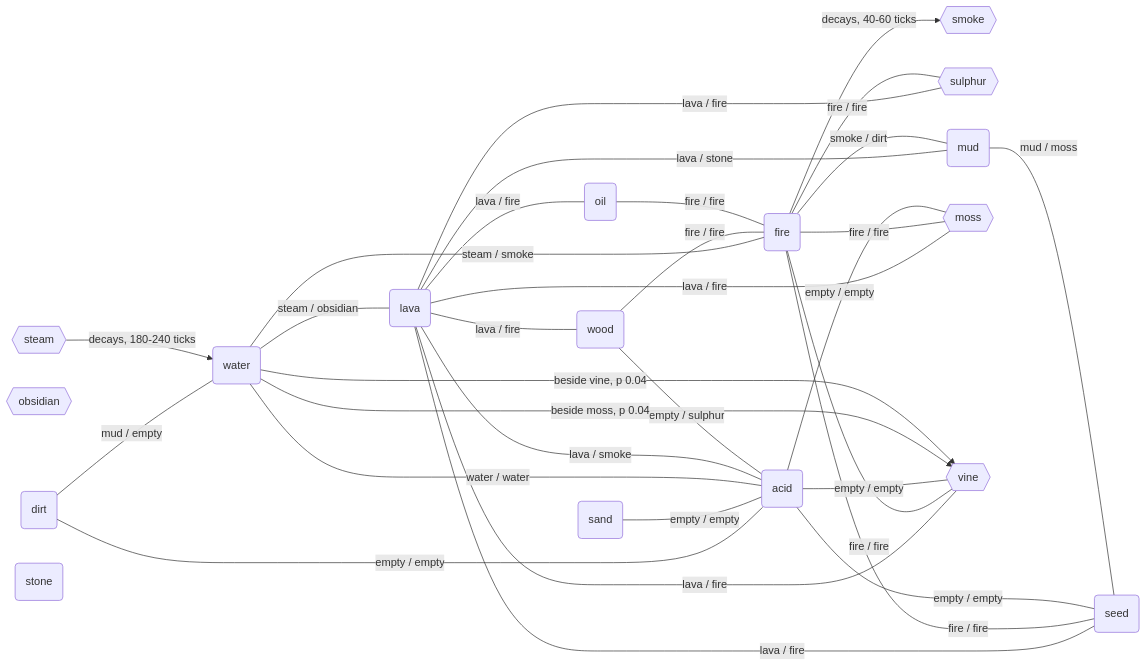
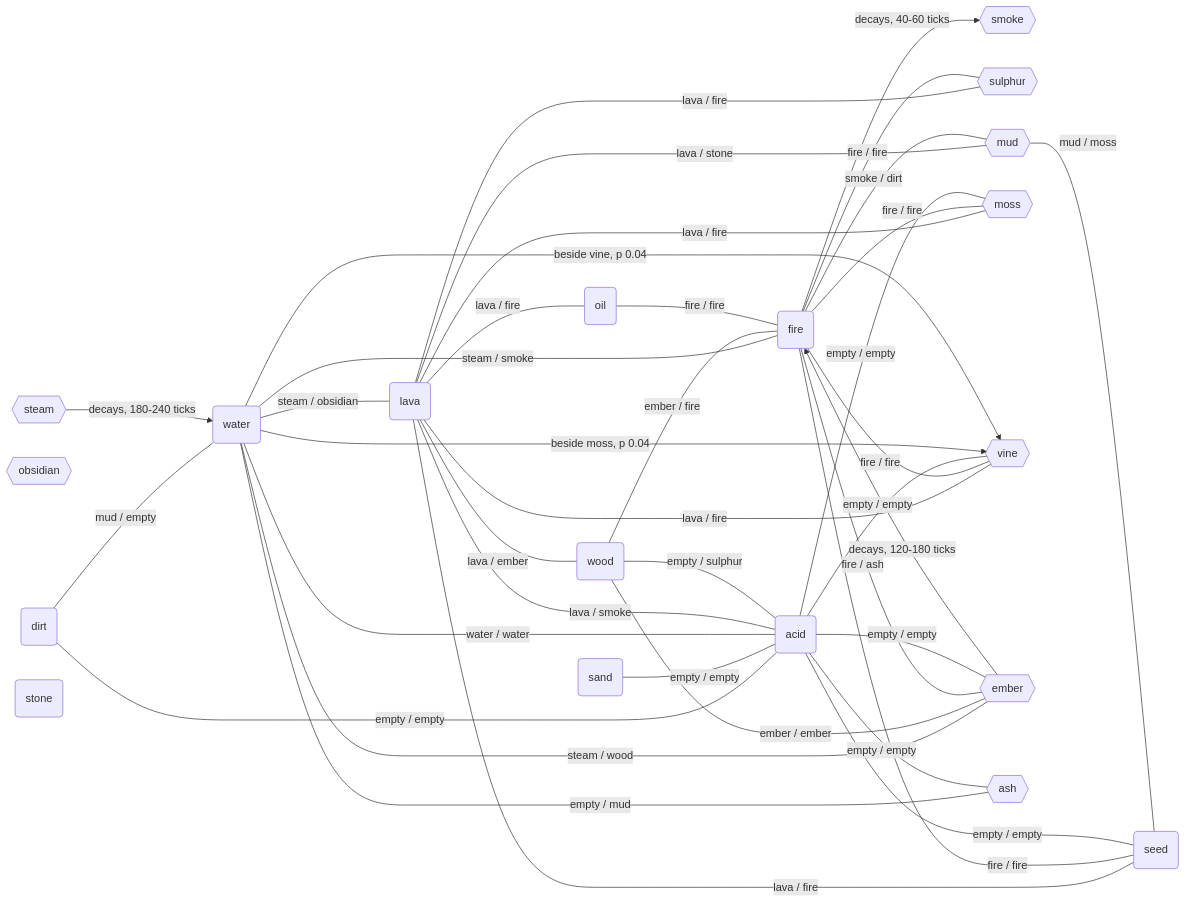
One commit to Ed-Barnes937/HomeOfEd changed the diagram in apps/silt/docs/interaction-graph.md. Above: the diagram before and after it, drawn with Mermaid. The commit also changed other lines of this file and 12 other files, not shown here.

````diff
--- a/apps/silt/docs/interaction-graph.md
+++ b/apps/silt/docs/interaction-graph.md
@@ -26,56 +26,65 @@
 ```mermaid
 graph LR
   dirt("dirt")
   sand("sand")
   water("water")
   lava("lava")
   obsidian{{"obsidian"}}
   wood("wood")
   oil("oil")
   fire("fire")
   smoke{{"smoke"}}
   steam{{"steam"}}
   acid("acid")
   stone("stone")
   sulphur{{"sulphur"}}
-  mud("mud")
+  mud{{"mud"}}
   seed("seed")
   moss{{"moss"}}
   vine{{"vine"}}
+  ember{{"ember"}}
+  ash{{"ash"}}
 
   %% reactions
   dirt ---|"mud / empty"| water
   dirt ---|"empty / empty"| acid
   sand ---|"empty / empty"| acid
   water ---|"steam / obsidian"| lava
   water ---|"steam / smoke"| fire
   water ---|"water / water"| acid
-  lava ---|"lava / fire"| wood
+  water ---|"steam / wood"| ember
+  water ---|"empty / mud"| ash
+  lava ---|"lava / ember"| wood
   lava ---|"lava / fire"| oil
   lava ---|"lava / smoke"| acid
   lava ---|"lava / fire"| sulphur
   lava ---|"lava / stone"| mud
   lava ---|"lava / fire"| seed
   lava ---|"lava / fire"| moss
   lava ---|"lava / fire"| vine
-  wood ---|"fire / fire"| fire
+  wood ---|"ember / fire"| fire
   wood ---|"empty / sulphur"| acid
+  wood ---|"ember / ember"| ember
   oil ---|"fire / fire"| fire
   fire ---|"fire / fire"| sulphur
   fire ---|"smoke / dirt"| mud
   fire ---|"fire / fire"| seed
   fire ---|"fire / fire"| moss
   fire ---|"fire / fire"| vine
+  fire ---|"fire / ash"| ember
   acid ---|"empty / empty"| seed
   acid ---|"empty / empty"| moss
   acid ---|"empty / empty"| vine
+  acid ---|"empty / empty"| ember
+  acid ---|"empty / empty"| ash
   mud ---|"mud / moss"| seed
 
   %% decay
   fire -->|"decays, 40-60 ticks"| smoke
   steam -->|"decays, 180-240 ticks"| water
+  ember -->|"decays, 120-180 ticks"| fire
 
   %% growth
   water -->|"beside moss, p 0.04"| vine
   water -->|"beside vine, p 0.04"| vine
 ```
````
